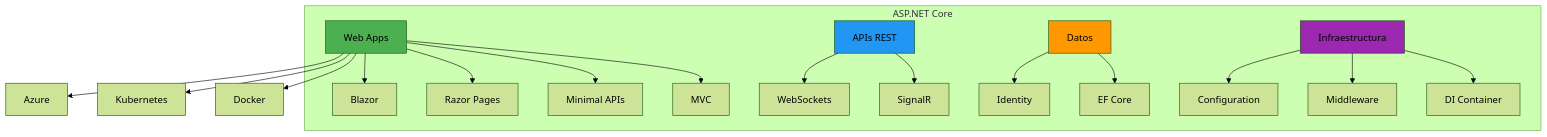
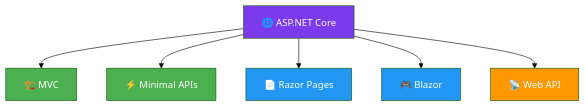
The first of 6 diagrams in 05-arquitectura-pipeline.md (joseluisgs/DesarrolloWebEntornosServidor-02-2026-2027), drawn with Mermaid (forest theme) before and after one commit. The commit also changed other lines of this file, not shown here.

````diff
--- a/05-arquitectura-pipeline.md
+++ b/05-arquitectura-pipeline.md
@@ -104,25 +48,14 @@
 ```mermaid
 flowchart TD
-    subgraph "ASP.NET Core"
-        A[Web Apps] --> B[MVC]
-        A --> C[Minimal APIs]
-        A --> D[Razor Pages]
-        A --> E[Blazor]
-        F[APIs REST] --> G[SignalR]
-        F --> H[WebSockets]
-        I[Datos] --> J[EF Core]
-        I --> K[Identity]
-        L[Infraestructura] --> M[DI Container]
-        L --> N[Middleware]
-        L --> O[Configuration]
-    end
-    
-    A --> P[Docker]
-    A --> Q[Kubernetes]
-    A --> R[Azure]
-    
-    style A fill:#4CAF50
-    style F fill:#2196F3
-    style I fill:#FF9800
-    style L fill:#9C27B0
+    A["🌐 ASP.NET Core"] --> B["🏗️ MVC"]
+    A --> C["⚡ Minimal APIs"]
+    A --> D["📄 Razor Pages"]
+    A --> E["🎮 Blazor"]
+    A --> F["📡 Web API"]
+    style A fill:#7c3aed,color:#fff
+    style B fill:#4CAF50,color:#fff
+    style C fill:#4CAF50,color:#fff
+    style D fill:#2196F3,color:#fff
+    style E fill:#2196F3,color:#fff
+    style F fill:#FF9800,color:#fff
 ```
````
